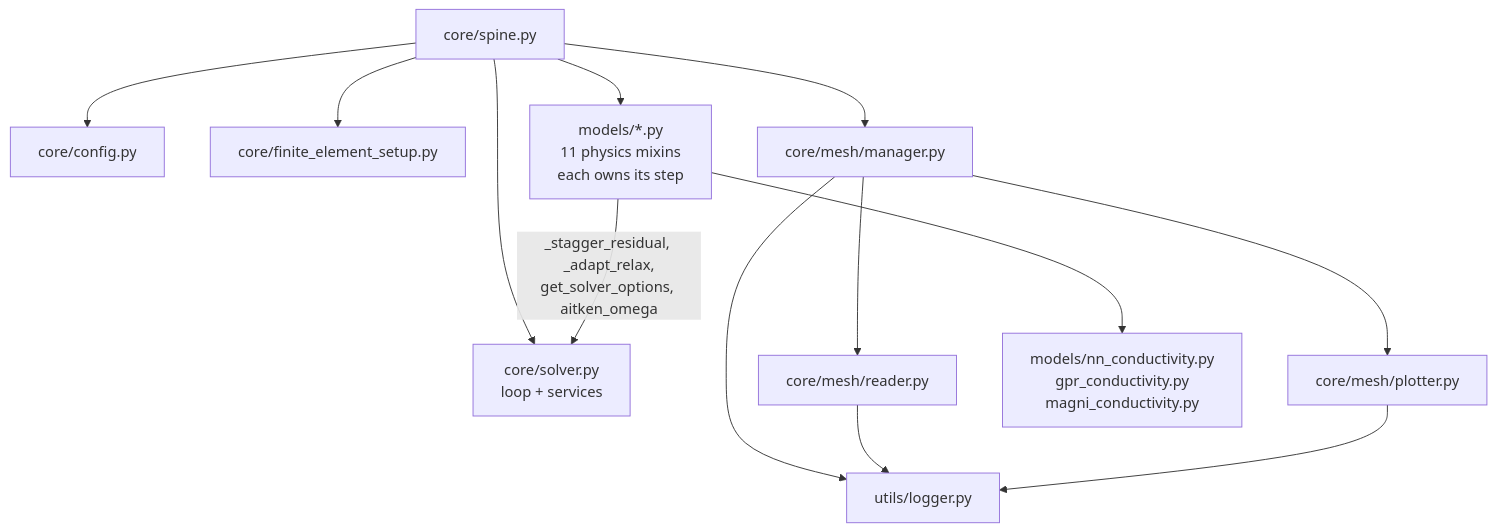
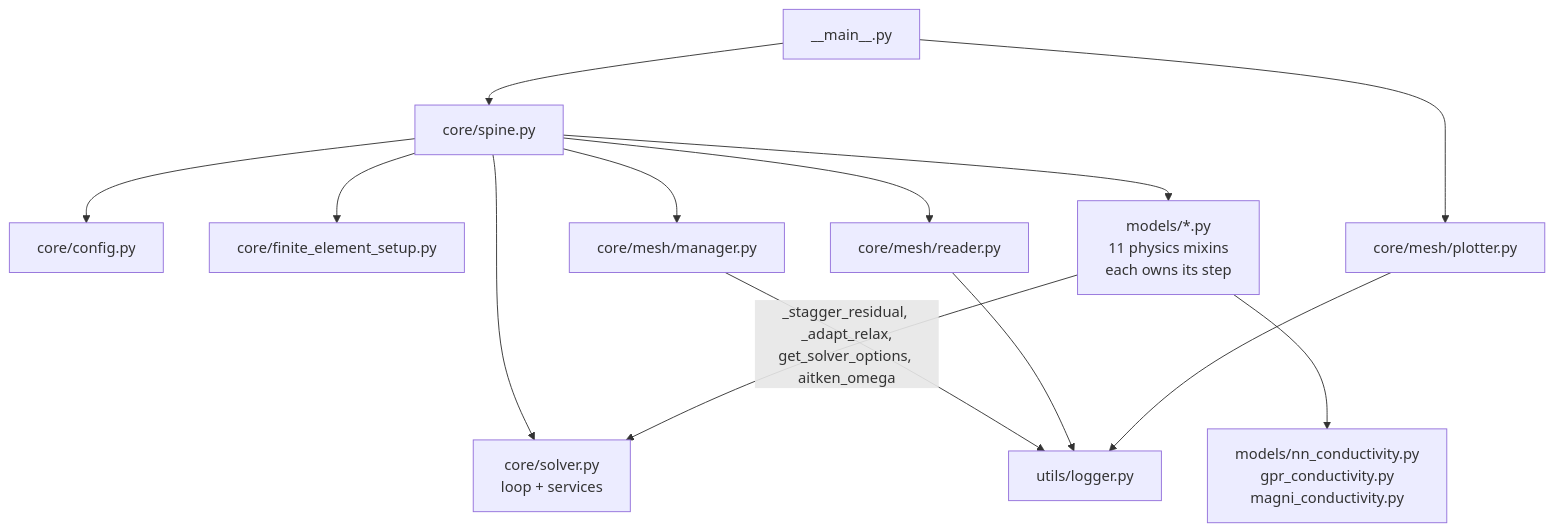
One commit to giozu/z3st changed the second of 2 diagrams in docs/source/architecture.md. Above: the diagram before and after it, drawn with Mermaid. The commit also changed other lines of this file and 27 other files, not shown here.

````diff
--- a/docs/source/architecture.md
+++ b/docs/source/architecture.md
@@ -183,15 +188,16 @@
 ```mermaid
 flowchart TD
   spine[core/spine.py] --> config[core/config.py]
   spine --> fes[core/finite_element_setup.py]
   spine --> solver["core/solver.py<br/>loop + services"]
   spine --> manager[core/mesh/manager.py]
+  spine --> reader[core/mesh/reader.py]
   spine --> models["models/*.py<br/>11 physics mixins<br/>each owns its step"]
-  manager --> reader[core/mesh/reader.py]
-  manager --> plotter[core/mesh/plotter.py]
+  main["__main__.py"] --> spine
+  main --> plotter[core/mesh/plotter.py]
   manager --> logger[utils/logger.py]
   reader --> logger
   plotter --> logger
   models -->|"_stagger_residual, _adapt_relax,<br/>get_solver_options, aitken_omega"| solver
   models --> nn["models/nn_conductivity.py<br/>gpr_conductivity.py<br/>magni_conductivity.py"]
 ```
````
